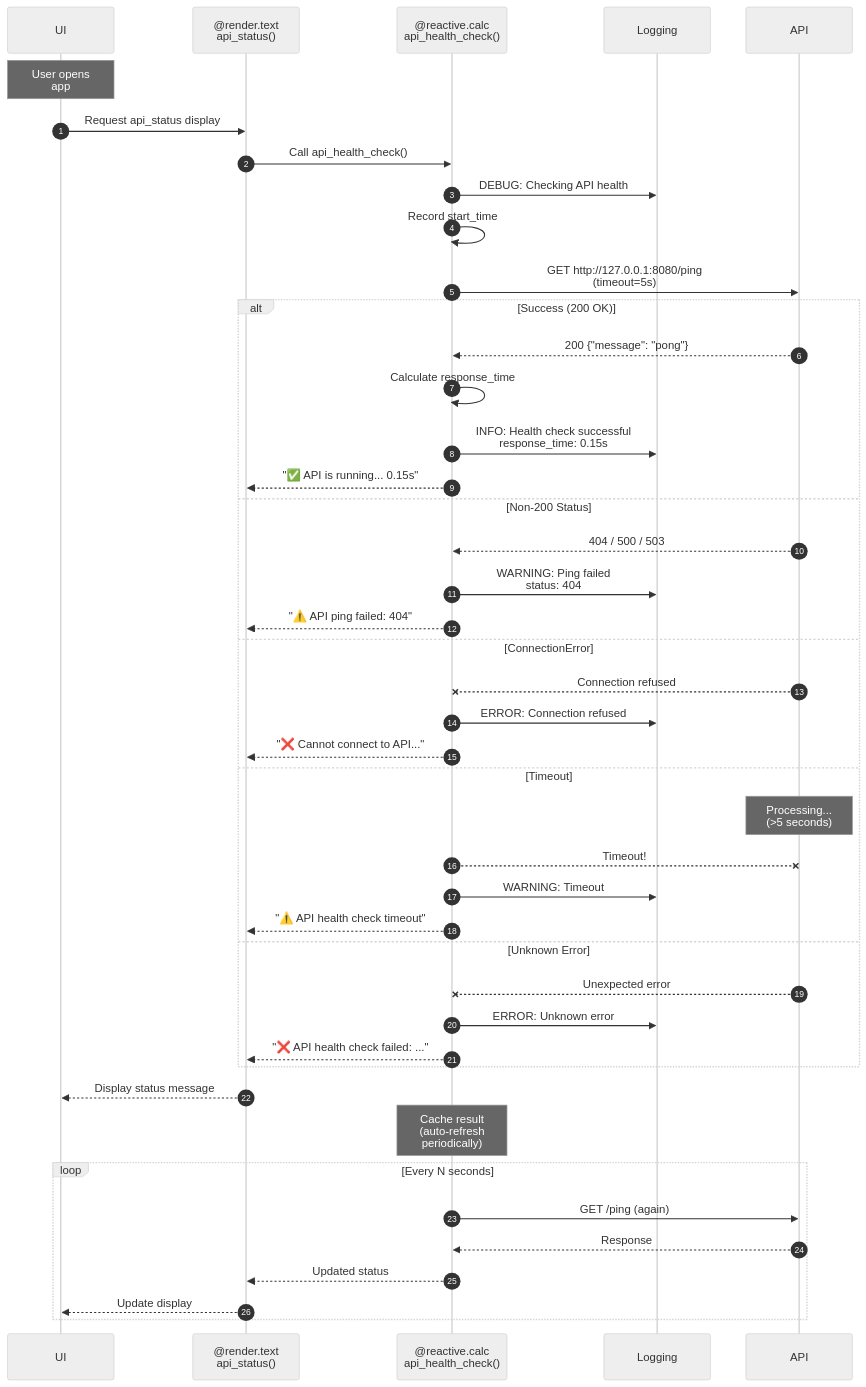
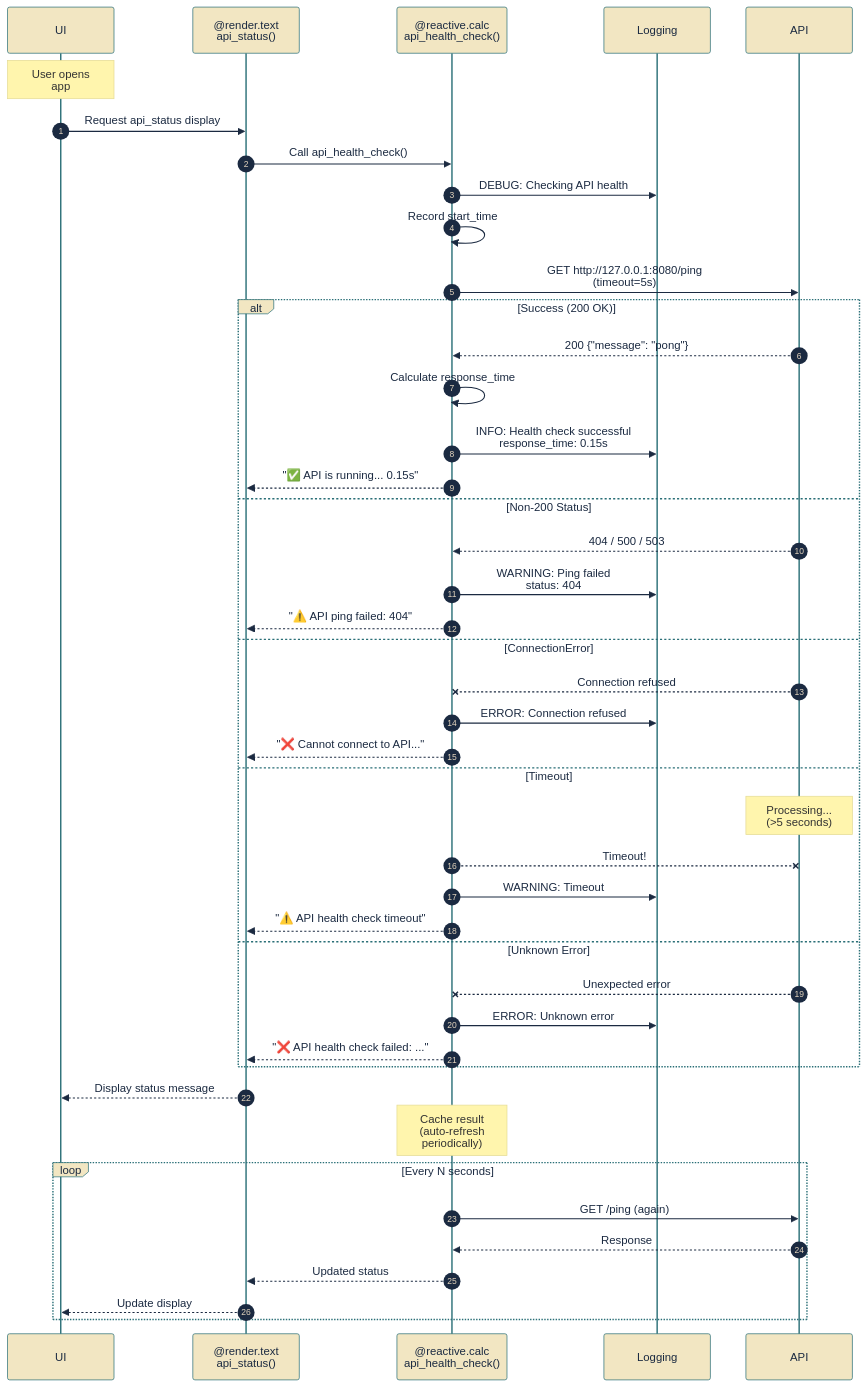
One commit to mjfrigaard/do4ds-labs changed the tenth of 15 diagrams in app-log-py.qmd. Above: the diagram before and after it, drawn with Mermaid. The commit also changed other lines of this file and 88 other files, not shown here.

````diff
--- a/app-log-py.qmd
+++ b/app-log-py.qmd
@@ -1241,63 +1214,63 @@
 ```{mermaid}
 %%| fig-cap: 'API Health Check Flow'
 %%| fig-width: 7.0
 %%| fig-align: center
-%%{init: {'theme': 'neutral', 'look': 'handDrawn', 'themeVariables': { 'fontFamily': 'monospace'}}}%%
+%%{init: {'theme': 'base', 'look': 'handDrawn', 'themeVariables': { 'fontFamily': 'monospace', 'primaryColor': '#F2E6C2', 'primaryBorderColor': '#2A6F77', 'primaryTextColor': '#1B2A41', 'secondaryColor': '#d4e7e4', 'tertiaryColor': '#f5f0e4', 'lineColor': '#1B2A41', 'edgeLabelBackground': '#F2E6C2'}}}%%
 
 sequenceDiagram
     autonumber
     participant UI as UI
     participant Render as @render.text<br/>api_status()
     participant Calc as @reactive.calc<br/>api_health_check()
     participant Log as Logging
     participant API as API
     
     Note over UI: User opens<br>app
     UI->>Render: Request api_status display
     Render->>Calc: Call api_health_check()
     
     Calc->>Log: DEBUG: Checking API health
     Calc->>Calc: Record start_time
     
     Calc->>API: GET http://127.0.0.1:8080/ping<br/>(timeout=5s)
     
     alt Success (200 OK)
         API-->>Calc: 200 {"message": "pong"}
         Calc->>Calc: Calculate response_time
         Calc->>Log: INFO: Health check successful<br/>response_time: 0.15s
         Calc-->>Render: "✅ API is running... 0.15s"
         
     else Non-200 Status
         API-->>Calc: 404 / 500 / 503
         Calc->>Log: WARNING: Ping failed<br/>status: 404
         Calc-->>Render: "⚠️ API ping failed: 404"
         
     else ConnectionError
         API--xCalc: Connection refused
         Calc->>Log: ERROR: Connection refused
         Calc-->>Render: "❌ Cannot connect to API..."
         
     else Timeout
         Note over API: Processing...<br/>(>5 seconds)
         Calc--xAPI: Timeout!
         Calc->>Log: WARNING: Timeout
         Calc-->>Render: "⚠️ API health check timeout"
         
     else Unknown Error
         API--xCalc: Unexpected error
         Calc->>Log: ERROR: Unknown error
         Calc-->>Render: "❌ API health check failed: ..."
     end
     
     Render-->>UI: Display status message
     
     Note over Calc: Cache result<br>(auto-refresh<br>periodically)
     
     loop Every N seconds
         Calc->>API: GET /ping (again)
         API-->>Calc: Response
         Calc-->>Render: Updated status
         Render-->>UI: Update display
     end
     
 ```
````
